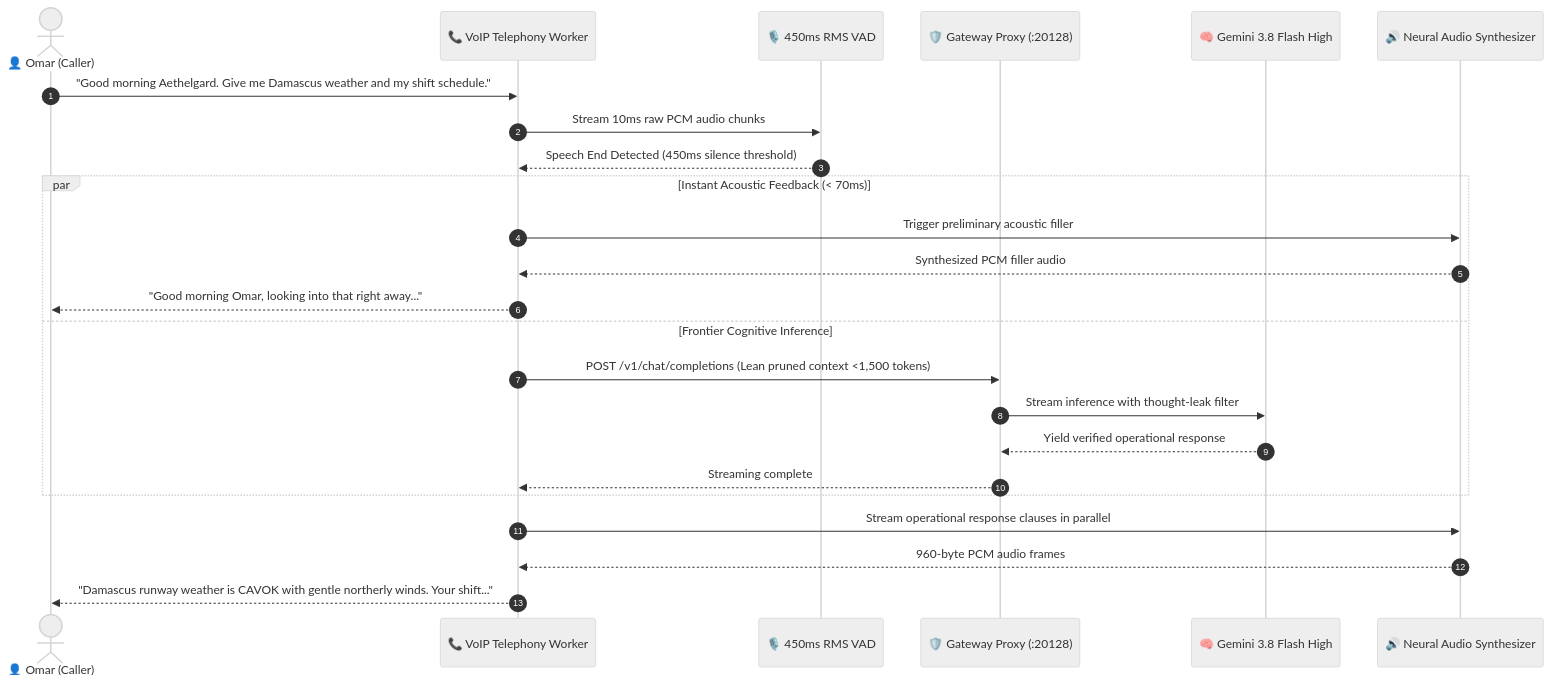
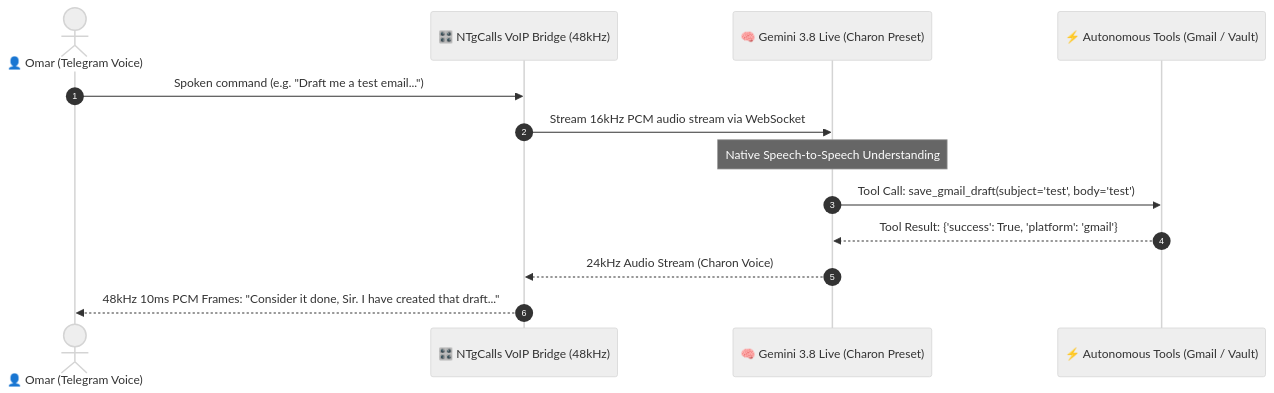
One commit to xionforbusiness-glitch/aethelgard-custodian changed the second of 4 diagrams in README.md. Above: the diagram before and after it, drawn with Mermaid (neutral theme). The commit also changed other lines of this file, not shown here.

Commit message:
docs: document Native Gemini 3.8 Live voice architecture and 100% verified production milestone

````diff
--- a/README.md
+++ b/README.md
@@ -100,29 +110,16 @@
 ```mermaid
 sequenceDiagram
     autonumber
-    actor Omar as 👤 Omar (Caller)
-    participant Telephony as 📞 VoIP Telephony Worker
-    participant VAD as 🎙️ 450ms RMS VAD
-    participant Gateway as 🛡️ Gateway Proxy (:20128)
-    participant LLM as 🧠 Gemini 3.8 Flash High
-    participant TTS as 🔊 Neural Audio Synthesizer
+    actor Omar as 👤 Omar (Telegram Voice)
+    participant Bridge as 🎛️ NTgCalls VoIP Bridge (48kHz)
+    participant Gemini as 🧠 Gemini 3.8 Live (Charon Preset)
+    participant Tools as ⚡ Autonomous Tools (Gmail / Vault)
 
-    Omar->>Telephony: "Good morning Aethelgard. Give me Damascus weather and my shift schedule."
-    Telephony->>VAD: Stream 10ms raw PCM audio chunks
-    VAD-->>Telephony: Speech End Detected (450ms silence threshold)
-    
-    par Instant Acoustic Feedback (< 70ms)
-        Telephony->>TTS: Trigger preliminary acoustic filler
-        TTS-->>Telephony: Synthesized PCM filler audio
-        Telephony-->>Omar: "Good morning Omar, looking into that right away..."
-    and Frontier Cognitive Inference
-        Telephony->>Gateway: POST /v1/chat/completions (Lean pruned context <1,500 tokens)
-        Gateway->>LLM: Stream inference with thought-leak filter
-        LLM-->>Gateway: Yield verified operational response
-        Gateway-->>Telephony: Streaming complete
-    end
-
-    Telephony->>TTS: Stream operational response clauses in parallel
-    TTS-->>Telephony: 960-byte PCM audio frames
-    Telephony-->>Omar: "Damascus runway weather is CAVOK with gentle northerly winds. Your shift..."
+    Omar->>Bridge: Spoken command (e.g. "Draft me a test email...")
+    Bridge->>Gemini: Stream 16kHz PCM audio stream via WebSocket
+    Note over Gemini: Native Speech-to-Speech Understanding
+    Gemini->>Tools: Tool Call: save_gmail_draft(subject='test', body='test')
+    Tools-->>Gemini: Tool Result: {'success': True, 'platform': 'gmail'}
+    Gemini-->>Bridge: 24kHz Audio Stream (Charon Voice)
+    Bridge-->>Omar: 48kHz 10ms PCM Frames: "Consider it done, Sir. I have created that draft..."
 ```
````
